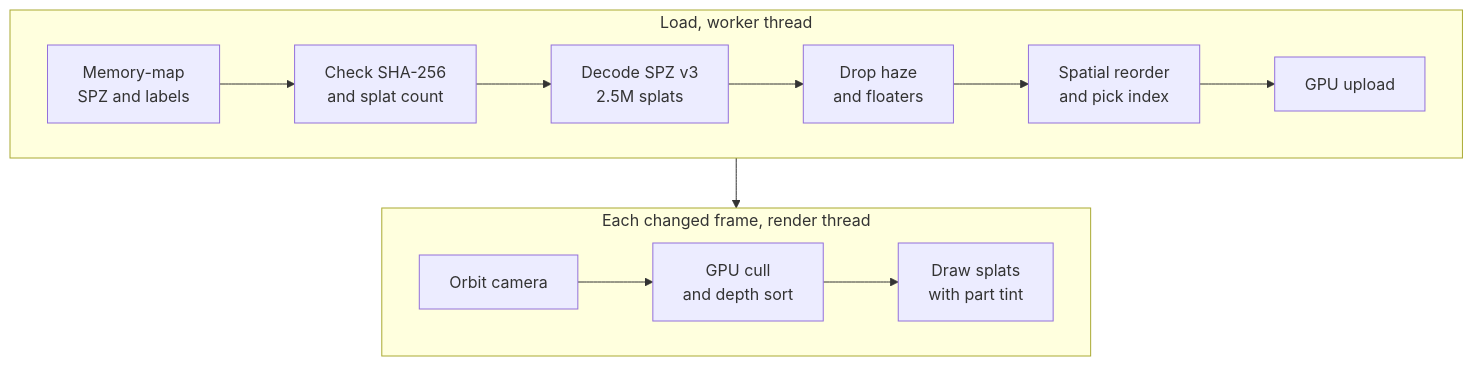
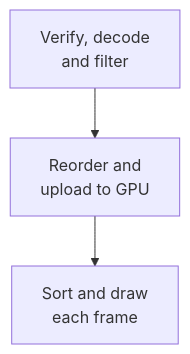
One commit to Xget7/splat-field-guide changed the second of 4 diagrams in README.md. Above: the diagram before and after it, drawn with Mermaid. The commit also changed other lines of this file, not shown here.

Commit message:
Shrink the README diagrams and show the architecture as named systems

````diff
--- a/README.md
+++ b/README.md
@@ -38,15 +36,5 @@
 ```mermaid
 flowchart TB
-  subgraph Load["Load, worker thread"]
-    files["Memory-map<br/>SPZ and labels"] --> verify["Check SHA-256<br/>and splat count"]
-    verify --> decode["Decode SPZ v3<br/>2.5M splats"]
-    decode --> filter["Drop haze<br/>and floaters"]
-    filter --> order["Spatial reorder<br/>and pick index"]
-    order --> upload["GPU upload"]
-  end
-  subgraph Frame["Each changed frame, render thread"]
-    camera["Orbit camera"] --> sort["GPU cull<br/>and depth sort"]
-    sort --> draw["Draw splats<br/>with part tint"]
-  end
-  Load --> Frame
+  load["Verify, decode<br/>and filter"] --> upload["Reorder and<br/>upload to GPU"]
+  upload --> draw["Sort and draw<br/>each frame"]
 ```
````
